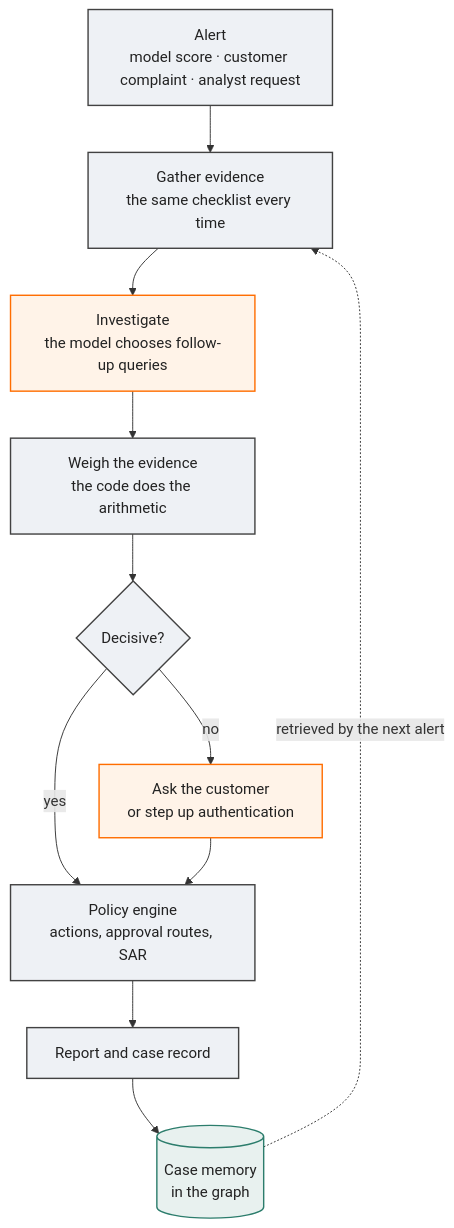
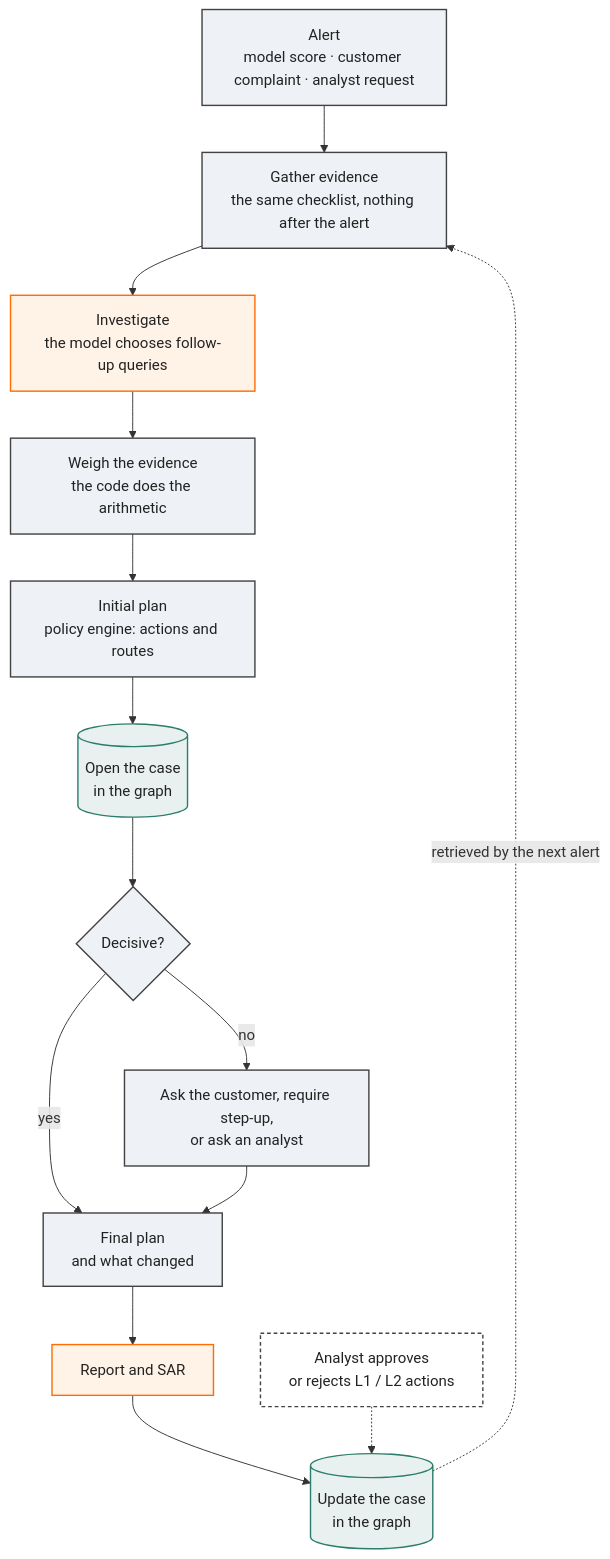
The first of 4 diagrams in README.md (KunalSewal/redthread), drawn with Mermaid before and after one commit. The commit also changed other lines of this file, not shown here.

Commit message:
Report today's results in the README

````diff
--- a/README.md
+++ b/README.md
@@ -42,23 +43,28 @@
 ```mermaid
 flowchart TD
     A["Alert<br/>model score · customer complaint · analyst request"] --> B
-    B["Gather evidence<br/>the same checklist every time"] --> C
+    B["Gather evidence<br/>the same checklist, nothing after the alert"] --> C
     C["Investigate<br/>the model chooses follow-up queries"] --> D
-    D["Weigh the evidence<br/>the code does the arithmetic"] --> E
+    D["Weigh the evidence<br/>the code does the arithmetic"] --> P1
+    P1["Initial plan<br/>policy engine: actions and routes"] --> O
+    O[("Open the case<br/>in the graph")] --> E
 
     E{"Decisive?"}
-    E -->|"yes"| F
-    E -->|"no"| G["Ask the customer<br/>or step up authentication"]
-    G --> F
+    E -->|"yes"| P2
+    E -->|"no"| G["Ask the customer, require step-up,<br/>or ask an analyst"]
+    G --> P2
 
-    F["Policy engine<br/>actions, approval routes, SAR"] --> H
-    H["Report and case record"] --> I[("Case memory<br/>in the graph")]
-    I -.->|"retrieved by the next alert"| B
+    P2["Final plan<br/>and what changed"] --> H
+    H["Report and SAR"] --> U[("Update the case<br/>in the graph")]
+    Q["Analyst approves<br/>or rejects L1 / L2 actions"] -.-> U
+    U -.->|"retrieved by the next alert"| B
 
     classDef model fill:#FFF3E8,stroke:#FF6D00,stroke-width:1.5px,color:#222
     classDef code fill:#EEF1F5,stroke:#424242,stroke-width:1.5px,color:#222
     classDef store fill:#E8F1EF,stroke:#2C7D6C,stroke-width:1.5px,color:#222
-    class C,G model
-    class A,B,D,E,F,H code
-    class I store
+    classDef human fill:#fff,stroke:#424242,stroke-width:1.5px,stroke-dasharray:4 3,color:#222
+    class C,H model
+    class A,B,D,P1,E,G,P2 code
+    class O,U store
+    class Q human
 ```
````
